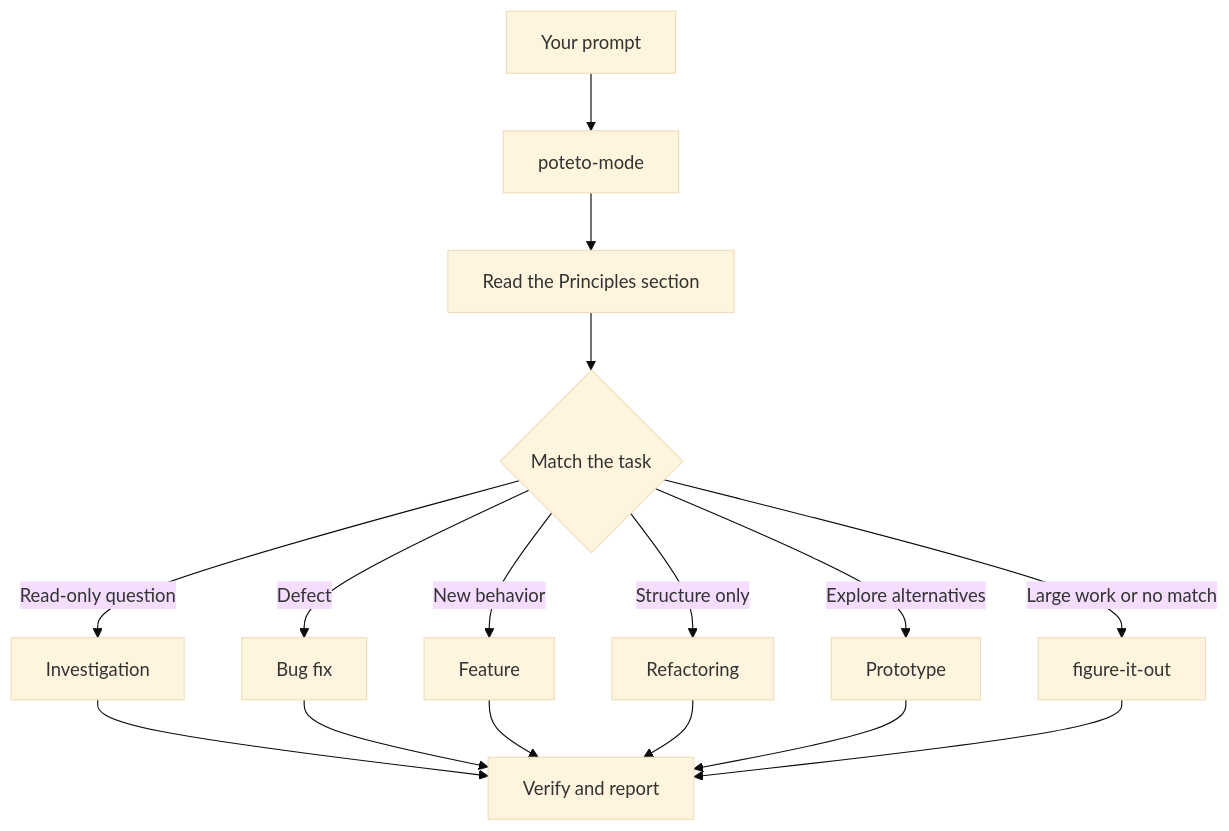
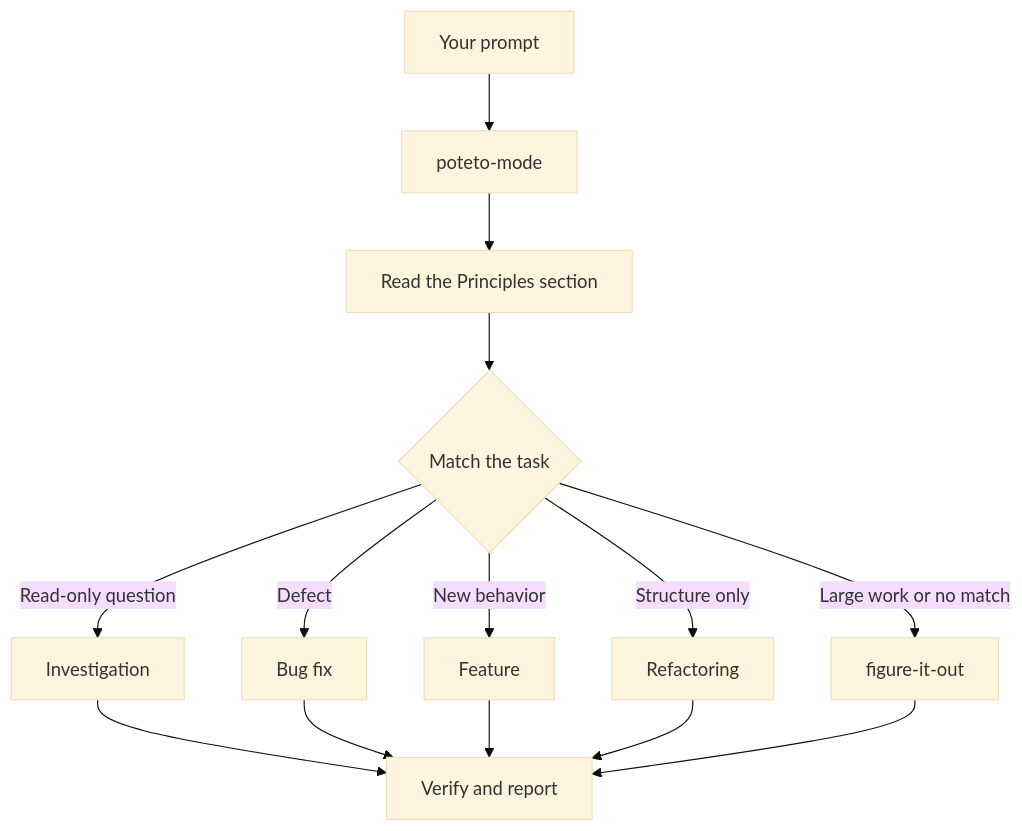
Before and after one commit to khoi/paseo-pstack: the diagram in docs/guide/02-poteto-mode.md, drawn with Mermaid (base theme). The commit also changed other lines of this file and 3 other files, not shown here.

````diff
--- a/docs/guide/02-poteto-mode.md
+++ b/docs/guide/02-poteto-mode.md
@@ -9,18 +9,16 @@
 ```mermaid
 flowchart TD
     A[Your prompt] --> B[poteto-mode]
     B --> C[Read the Principles section]
     C --> D{Match the task}
     D -->|Read-only question| E[Investigation]
     D -->|Defect| F[Bug fix]
     D -->|New behavior| G[Feature]
     D -->|Structure only| H[Refactoring]
-    D -->|Explore alternatives| I[Prototype]
     D -->|Large work or no match| J[figure-it-out]
     E --> K[Verify and report]
     F --> K
     G --> K
     H --> K
-    I --> K
     J --> K
 ```
````
